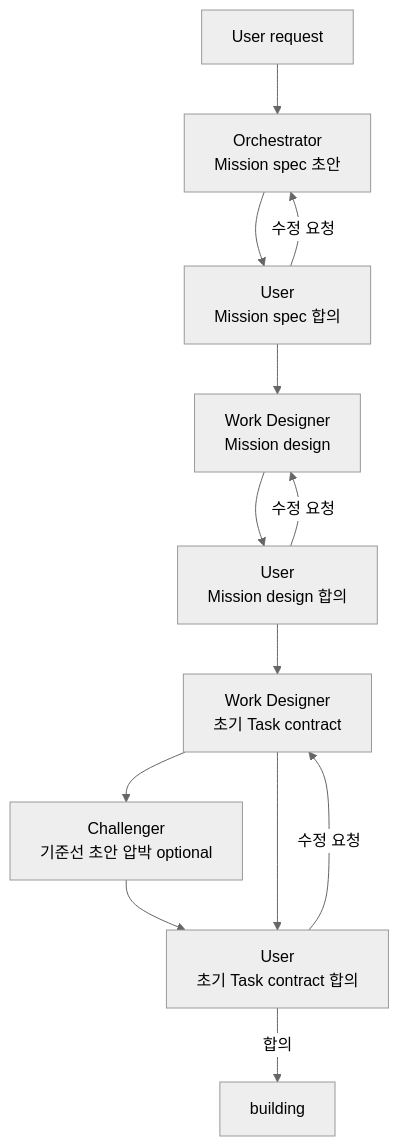
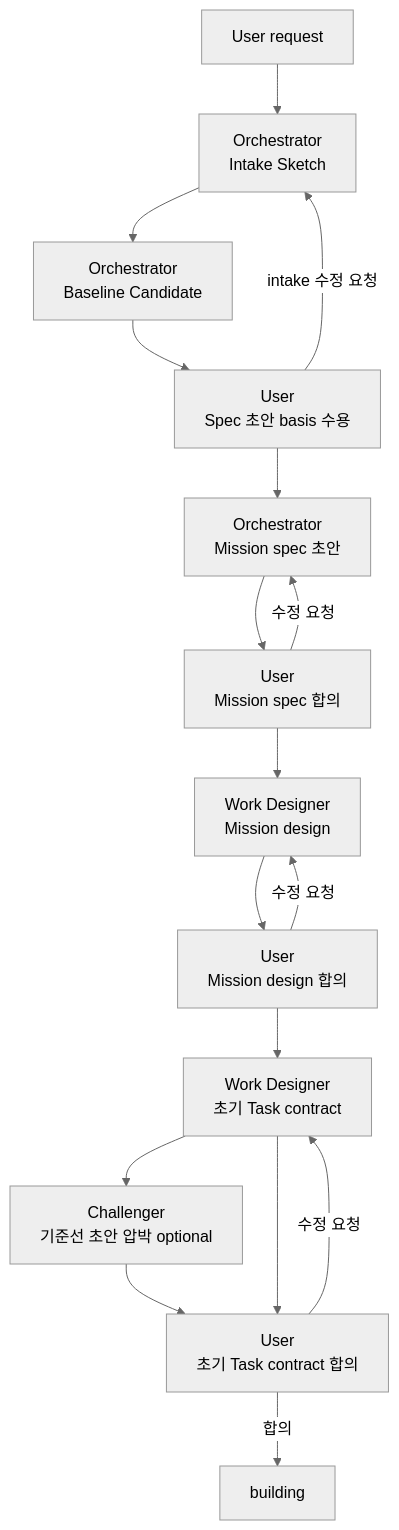
One commit to choam2426/geas changed the second of 4 diagrams in docs/operating/mission.md. Above: the diagram before and after it, drawn with Mermaid (neutral theme). The commit also changed other lines of this file and 7 other files, not shown here.

````diff
--- a/docs/operating/mission.md
+++ b/docs/operating/mission.md
@@ -93,20 +93,24 @@
 ```mermaid
 flowchart TD
   R["User request"]
+  I["Orchestrator<br/>Intake Sketch"]
+  C["Orchestrator<br/>Baseline Candidate"]
+  U0["User<br/>Spec 초안 basis 수용"]
   O["Orchestrator<br/>Mission spec 초안"]
   U1["User<br/>Mission spec 합의"]
   D["Work Designer<br/>Mission design"]
   U2["User<br/>Mission design 합의"]
   T["Work Designer<br/>초기 Task contract"]
   H["Challenger<br/>기준선 초안 압박 optional"]
   U3["User<br/>초기 Task contract 합의"]
   B["building"]
 
-  R --> O --> U1 --> D --> U2 --> T
+  R --> I --> C --> U0 --> O --> U1 --> D --> U2 --> T
   T --> H --> U3
   T --> U3
+  U0 -->|"intake 수정 요청"| I
   U1 -->|"수정 요청"| O
   U2 -->|"수정 요청"| D
   U3 -->|"수정 요청"| T
   U3 -->|"합의"| B
 ```
````
